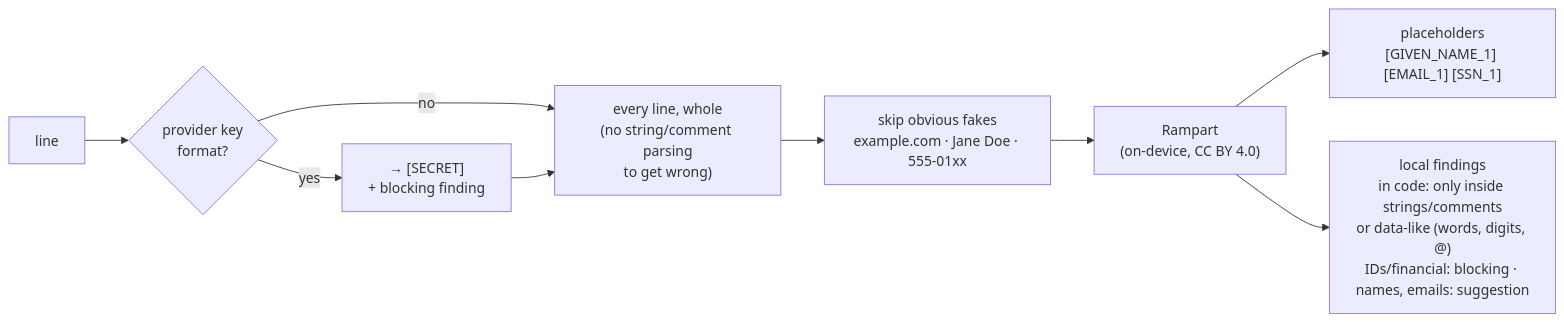
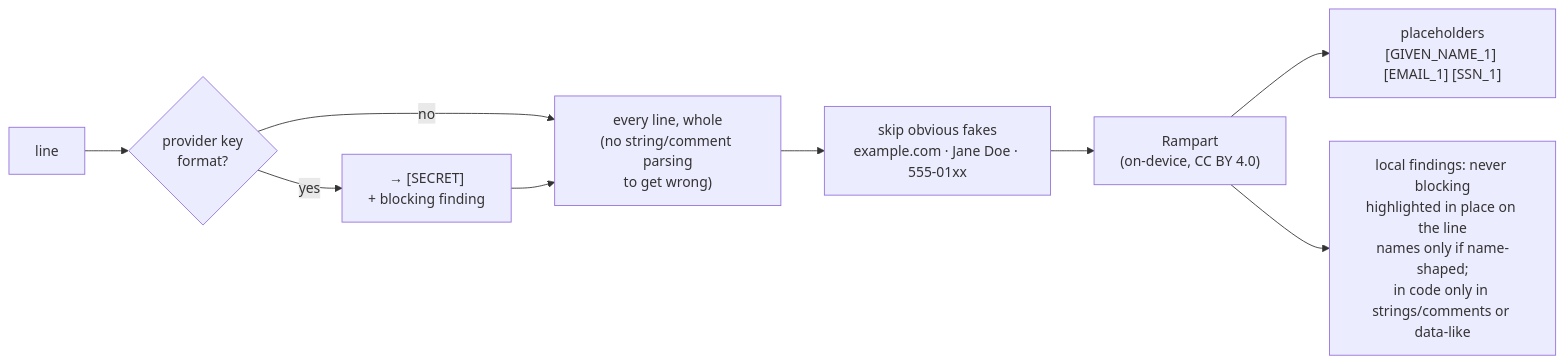
One commit to tanmayagrawal21/agent-review changed the second of 3 diagrams in docs/ARCHITECTURE.md. Above: the diagram before and after it, drawn with Mermaid. The commit also changed other lines of this file and 9 other files, not shown here.

First line of the commit message:
Privacy: Rampart PII highlighted, never blocking; model covers other privacy risks (#6)

````diff
--- a/docs/ARCHITECTURE.md
+++ b/docs/ARCHITECTURE.md
@@ -77,11 +77,11 @@
    ```mermaid
    flowchart LR
        L[line] --> S{"provider key<br/>format?"}
        S -- yes --> SX["→ [SECRET]<br/>+ blocking finding"]
        S -- no --> X
        SX --> X["every line, whole<br/>(no string/comment parsing<br/>to get wrong)"]
        X --> F["skip obvious fakes<br/>example.com · Jane Doe · 555-01xx"]
        F --> M["Rampart<br/>(on-device, CC BY 4.0)"]
        M --> O["placeholders<br/>[GIVEN_NAME_1] [EMAIL_1] [SSN_1]"]
-       M --> FN["local findings<br/>in code: only inside strings/comments<br/>or data-like (words, digits, @)<br/>IDs/financial: blocking · names, emails: suggestion"]
+       M --> FN["local findings: never blocking<br/>highlighted in place on the line<br/>names only if name-shaped;<br/>in code only in strings/comments or data-like"]
    ```
````
